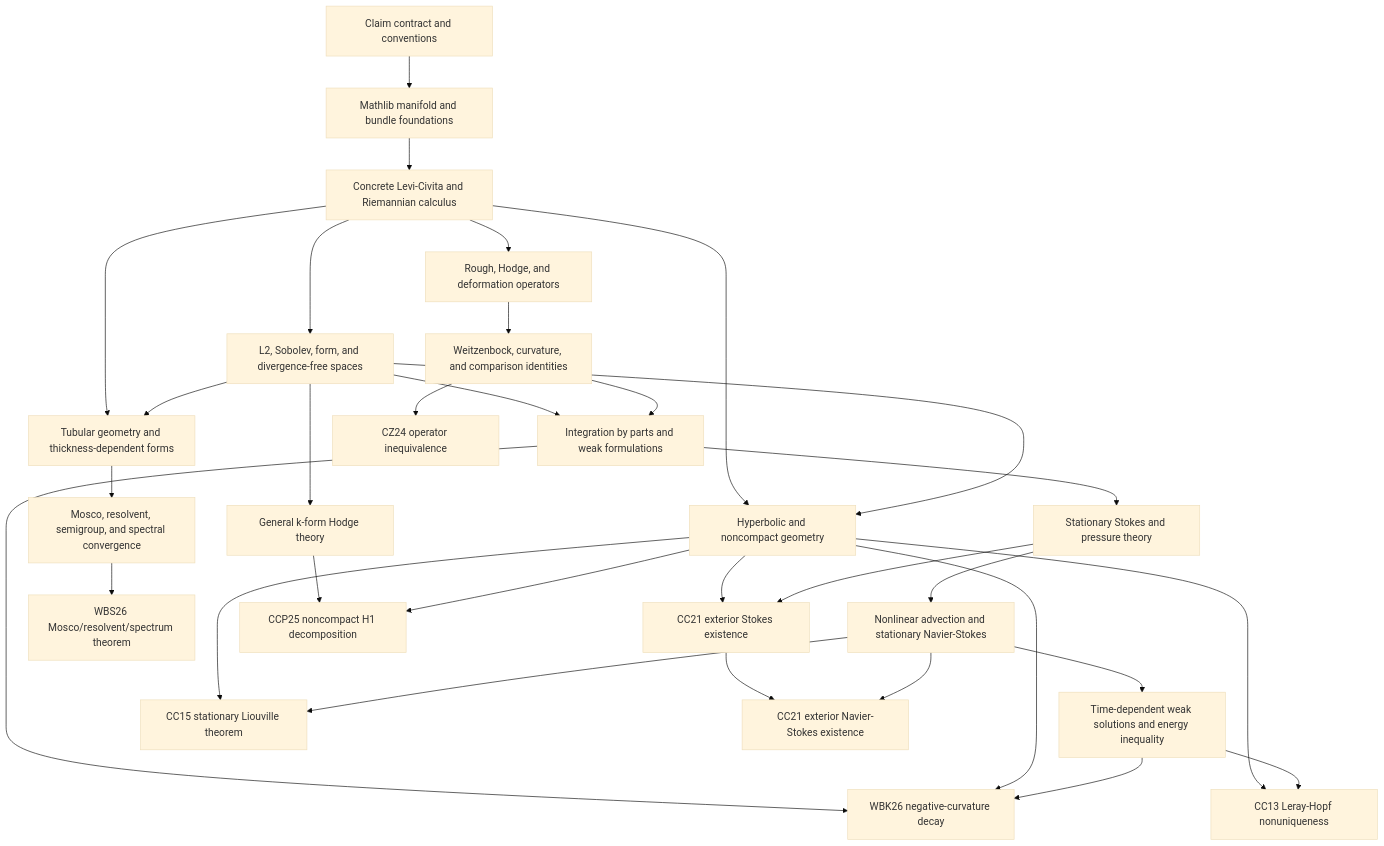
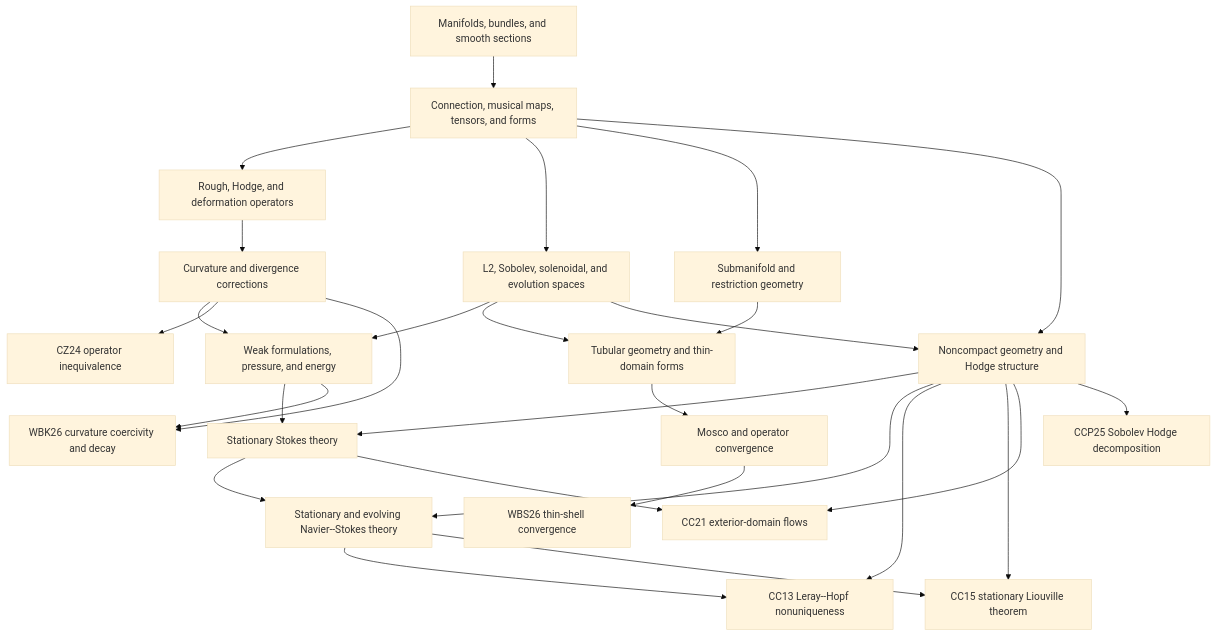
The second of 2 diagrams in docs/claim-to-proof.md (marpaia/riemannian-fluids), drawn with Mermaid (base theme) before and after one commit. The commit also changed other lines of this file and 119 other files, not shown here.

````diff
--- a/docs/claim-to-proof.md
+++ b/docs/claim-to-proof.md
@@ -54,45 +33,39 @@
 ```mermaid
 flowchart TD
-    claim["Claim contract and conventions"]
-    mathlib["Mathlib manifold and bundle foundations"]
-    geometry["Concrete Levi-Civita and Riemannian calculus"]
+    foundations["Manifolds, bundles, and smooth sections"]
+    calculus["Connection, musical maps, tensors, and forms"]
     operators["Rough, Hodge, and deformation operators"]
-    identities["Weitzenbock, curvature, and comparison identities"]
-    spaces["L2, Sobolev, form, and divergence-free spaces"]
-    weak["Integration by parts and weak formulations"]
-    stokes["Stationary Stokes and pressure theory"]
-    stationaryNS["Nonlinear advection and stationary Navier-Stokes"]
-    evolution["Time-dependent weak solutions and energy inequality"]
-    hyperbolic["Hyperbolic and noncompact geometry"]
-    forms["General k-form Hodge theory"]
-    tubular["Tubular geometry and thickness-dependent forms"]
-    convergence["Mosco, resolvent, semigroup, and spectral convergence"]
+    comparison["Curvature and divergence corrections"]
+    spaces["L2, Sobolev, solenoidal, and evolution spaces"]
+    weak["Weak formulations, pressure, and energy"]
+    stokes["Stationary Stokes theory"]
+    ns["Stationary and evolving Navier--Stokes theory"]
+    submanifold["Submanifold and restriction geometry"]
+    shell["Tubular geometry and thin-domain forms"]
+    convergence["Mosco and operator convergence"]
+    noncompact["Noncompact geometry and Hodge structure"]
 
-    claim --> mathlib --> geometry
-    geometry --> operators --> identities
-    geometry --> spaces
-    spaces --> weak
-    identities --> weak
-    weak --> stokes --> stationaryNS --> evolution
-    geometry --> hyperbolic
-    spaces --> hyperbolic
-    spaces --> forms
-    geometry --> tubular
-    spaces --> tubular --> convergence
+    foundations --> calculus
+    calculus --> operators --> comparison
+    calculus --> spaces --> weak
+    comparison --> weak
+    weak --> stokes --> ns
+    calculus --> submanifold --> shell --> convergence
+    spaces --> shell
+    calculus --> noncompact
+    spaces --> noncompact
+    noncompact --> stokes
+    noncompact --> ns
 
-    identities --> CZ24["CZ24 operator inequivalence"]
-    weak --> WBK26["WBK26 negative-curvature decay"]
-    hyperbolic --> WBK26
-    evolution --> WBK26
-    convergence --> WBS26["WBS26 Mosco/resolvent/spectrum theorem"]
-    hyperbolic --> CC13["CC13 Leray-Hopf nonuniqueness"]
-    evolution --> CC13
-    hyperbolic --> CC15["CC15 stationary Liouville theorem"]
-    stationaryNS --> CC15
-    hyperbolic --> CC21S["CC21 exterior Stokes existence"]
-    stokes --> CC21S
-    CC21S --> CC21N["CC21 exterior Navier-Stokes existence"]
-    stationaryNS --> CC21N
-    forms --> CCP25["CCP25 noncompact H1 decomposition"]
-    hyperbolic --> CCP25
+    comparison --> CZ24["CZ24 operator inequivalence"]
+    comparison --> WBK26["WBK26 curvature coercivity and decay"]
+    weak --> WBK26
+    convergence --> WBS26["WBS26 thin-shell convergence"]
+    noncompact --> CC13["CC13 Leray--Hopf nonuniqueness"]
+    ns --> CC13
+    noncompact --> CC15["CC15 stationary Liouville theorem"]
+    ns --> CC15
+    noncompact --> CC21["CC21 exterior-domain flows"]
+    stokes --> CC21
+    noncompact --> CCP25["CCP25 Sobolev Hodge decomposition"]
 ```
````
